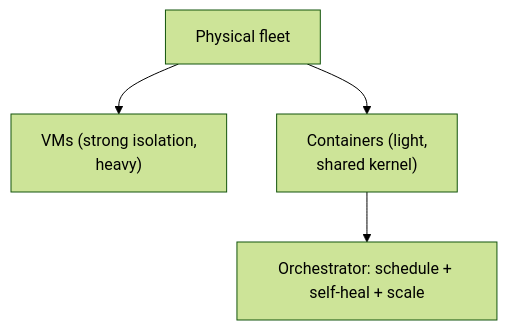
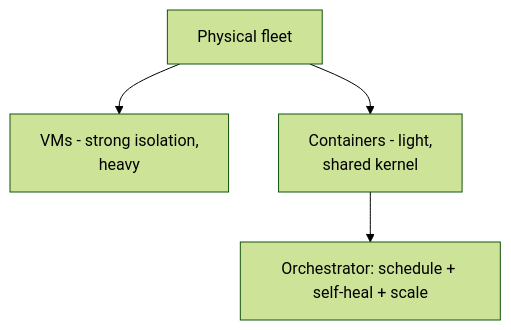
Before and after one commit to RIT-MESH/system-design-mastery: the diagram in docs/09-cloud-platform/00-containers-orchestration.md, drawn with Mermaid (forest theme). The commit also changed 139 other files, not shown here.

First line of the commit message:
Fix Mermaid parse errors: replace parentheses in node labels across 140 files

````diff
--- a/docs/09-cloud-platform/00-containers-orchestration.md
+++ b/docs/09-cloud-platform/00-containers-orchestration.md
@@ -20,7 +20,7 @@
 ```mermaid
 %% created-for: system-design-mastery
 flowchart TB
-  Metal["Physical fleet"] --> VMs["VMs (strong isolation,<br/>heavy)"]
-  Metal --> Containers["Containers (light,<br/>shared kernel)"]
+  Metal["Physical fleet"] --> VMs["VMs - strong isolation,<br/>heavy"]
+  Metal --> Containers["Containers - light,<br/>shared kernel"]
   Containers --> Orch["Orchestrator: schedule + self-heal + scale"]
 ```
````
